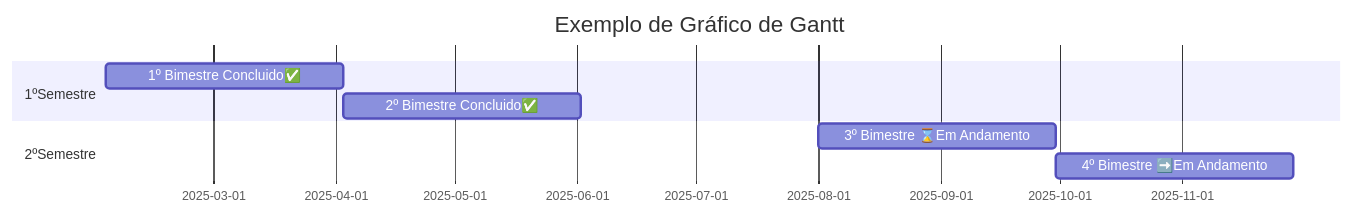
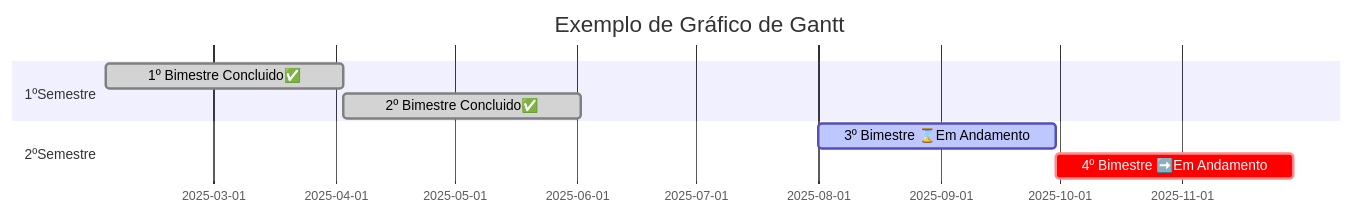
The third of 3 diagrams in README.md (bruno-edlp/grafico_de_Gantt), drawn with Mermaid before and after one commit. The commit also changed other lines of this file, not shown here.

````diff
--- a/README.md
+++ b/README.md
@@ -17,11 +17,11 @@
 ```mermaid
 gantt
     title Exemplo de Gráfico de Gantt
     dateFormat YYYY-MM-DD
     section 1ºSemestre
-    1º Bimestre Concluido✅:a1, 2025-02-02, 60d
-    2º Bimestre Concluido✅:a2, after a1, 60d
+    1º Bimestre Concluido✅ :done, a1, 2025-02-02, 60d
+    2º Bimestre Concluido✅:done, a2, after a1, 60d
     section 2ºSemestre
-    3º Bimestre ⌛Em Andamento: a3, 2025-08-01, 60d
-    4º Bimestre ➡️Em Andamento: a4, after a3, 60d
+    3º Bimestre ⌛Em Andamento:active,  a3, 2025-08-01, 60d
+    4º Bimestre ➡️Em Andamento:crit, a4, after a3, 60d
 ```
````
